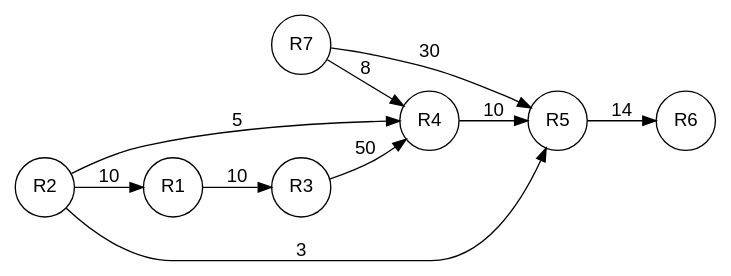
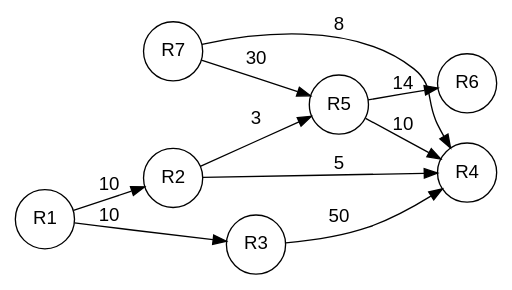
The diagram in ejercicio1.dot (Void-CA/halfs_and_prototails), drawn with Graphviz before and after one commit. The commit also changed 3 other files, not shown here.

```diff
--- a/ejercicio1.dot
+++ b/ejercicio1.dot
@@ -1,14 +1,14 @@
 digraph G {
     rankdir= LR;
     node [shape=circle, fontname="Arial"];
     edge [fontname="Arial"];
+    "R7" -> "R5" [label="30"];
     "R7" -> "R4" [label="8"];
-    "R7" -> "R5" [label="30"];
+    "R1" -> "R3" [label="10"];
+    "R1" -> "R2" [label="10"];
+    "R3" -> "R4" [label="50"];
     "R2" -> "R4" [label="5"];
     "R2" -> "R5" [label="3"];
-    "R2" -> "R1" [label="10"];
-    "R1" -> "R3" [label="10"];
-    "R3" -> "R4" [label="50"];
-    "R4" -> "R5" [label="10"];
+    "R5" -> "R4" [label="10"];
     "R5" -> "R6" [label="14"];
 }
```
